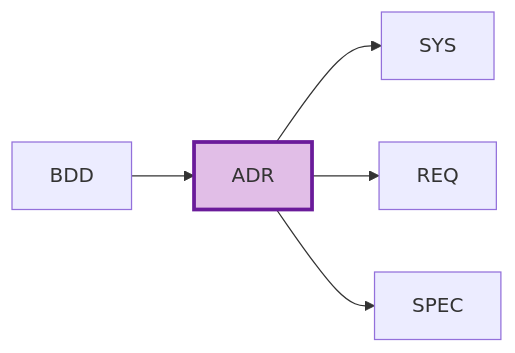
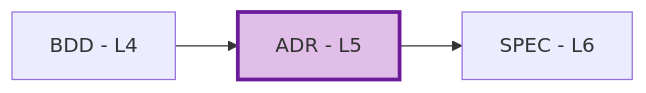
Before and after one commit to vladm3105/aidoc-flow-framework: the diagram in ai_dev_flow_v3/05_ADR/ADR-00_index.md, drawn with Mermaid. The commit also changed other lines of this file and 41 other files, not shown here.

````diff
--- a/ai_dev_flow_v3/05_ADR/ADR-00_index.md
+++ b/ai_dev_flow_v3/05_ADR/ADR-00_index.md
@@ -29,9 +28,7 @@
 ```mermaid
 flowchart LR
-    BDD[BDD] --> ADR[ADR]
-    ADR --> SYS[SYS]
-    ADR --> REQ[REQ]
-    ADR --> SPEC[SPEC]
+    BDD[BDD - L4] --> ADR[ADR - L5]
+    ADR --> SPEC[SPEC - L6]
 
     style ADR fill:#e1bee7,stroke:#6a1b9a,stroke-width:3px
 ```
````
